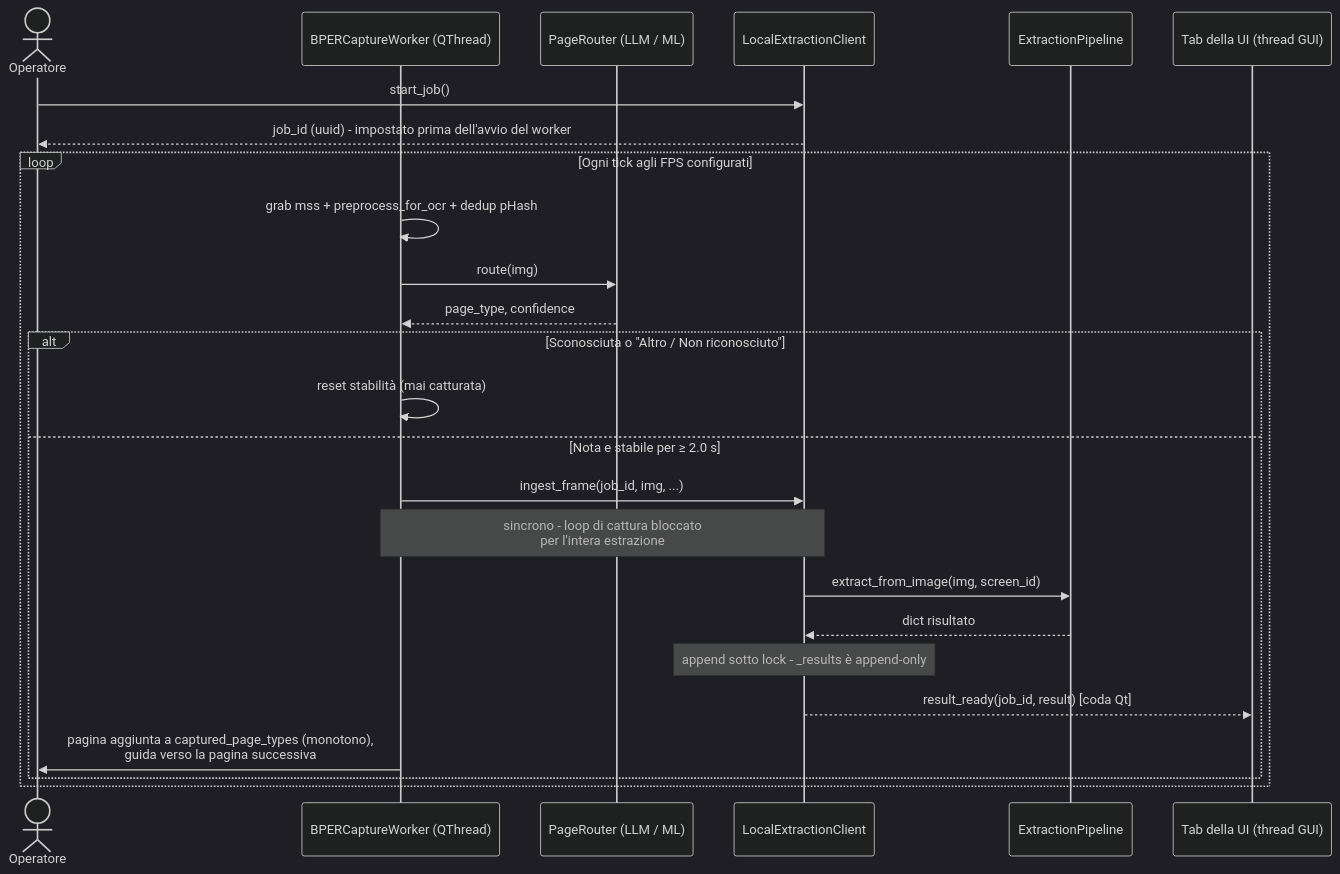
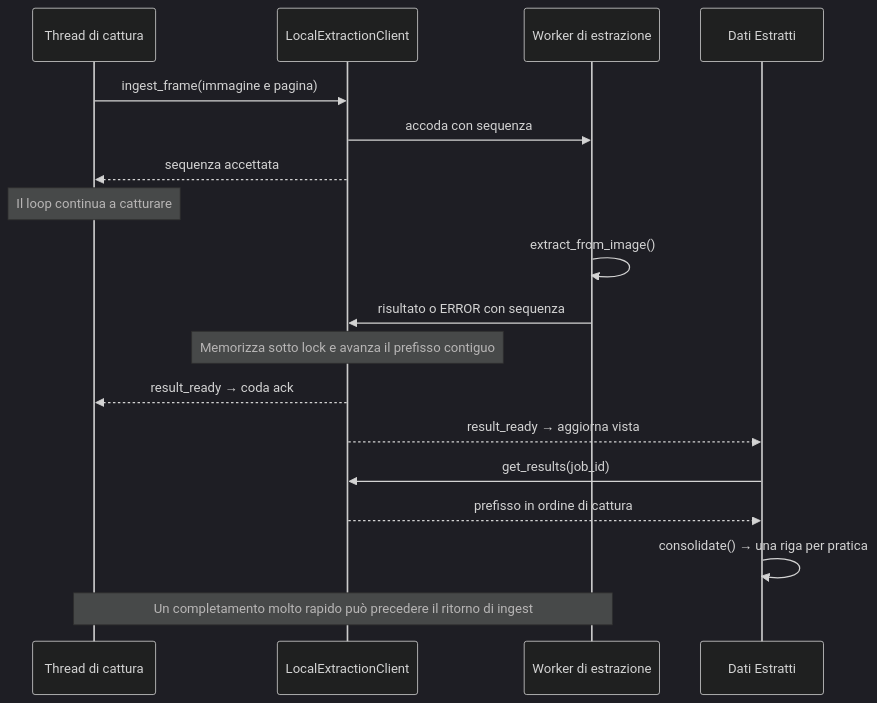
Before and after one commit to acaprino/MOL-BPER-OCR: the fourth of 4 diagrams in docs/05-workflows.md, drawn with Mermaid (dark theme). The commit also changed other lines of this file and 108 other files, not shown here.

````diff
--- a/docs/05-workflows.md
+++ b/docs/05-workflows.md
@@ -243,28 +165,20 @@
 ```mermaid
 sequenceDiagram
-    actor Op as Operatore
-    participant Worker as BPERCaptureWorker (QThread)
-    participant Router as PageRouter (LLM / ML)
+    participant Capture as Thread di cattura
     participant Client as LocalExtractionClient
-    participant Pipe as ExtractionPipeline
-    participant UI as Tab della UI (thread GUI)
-
-    Op->>Client: start_job()
-    Client-->>Op: job_id (uuid) - impostato prima dell'avvio del worker
-    loop Ogni tick agli FPS configurati
-        Worker->>Worker: grab mss + preprocess_for_ocr + dedup pHash
-        Worker->>Router: route(img)
-        Router-->>Worker: page_type, confidence
-        alt Sconosciuta o "Altro / Non riconosciuto"
-            Worker->>Worker: reset stabilità (mai catturata)
-        else Nota e stabile per ≥ 2.0 s
-            Worker->>Client: ingest_frame(job_id, img, ...)
-            Note over Worker,Client: sincrono - loop di cattura bloccato<br/>per l'intera estrazione
-            Client->>Pipe: extract_from_image(img, screen_id)
-            Pipe-->>Client: dict risultato
-            Note over Client: append sotto lock - _results è append-only
-            Client-->>UI: result_ready(job_id, result) [coda Qt]
-            Worker->>Op: pagina aggiunta a captured_page_types (monotono),<br/>guida verso la pagina successiva
-        end
-    end
+    participant Pool as Worker di estrazione
+    participant UI as Dati Estratti
+    Capture->>Client: ingest_frame(immagine e pagina)
+    Client->>Pool: accoda con sequenza
+    Client-->>Capture: sequenza accettata
+    Note over Capture: Il loop continua a catturare
+    Pool->>Pool: extract_from_image()
+    Pool->>Client: risultato o ERROR con sequenza
+    Note over Client: Memorizza sotto lock e avanza il prefisso contiguo
+    Client-->>Capture: result_ready → coda ack
+    Client-->>UI: result_ready → aggiorna vista
+    UI->>Client: get_results(job_id)
+    Client-->>UI: prefisso in ordine di cattura
+    UI->>UI: consolidate() → una riga per pratica
+    Note over Capture,Pool: Un completamento molto rapido può precedere il ritorno di ingest
 ```
````
